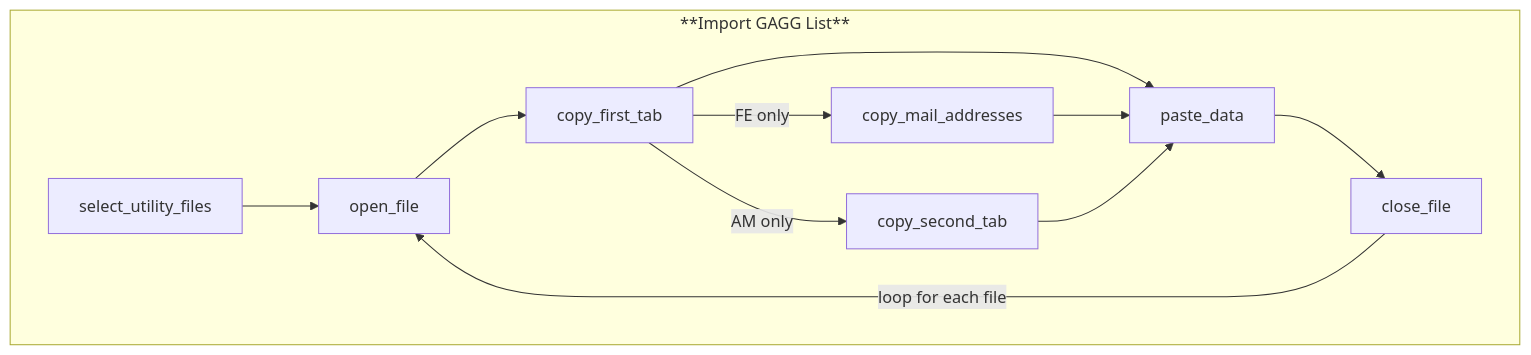
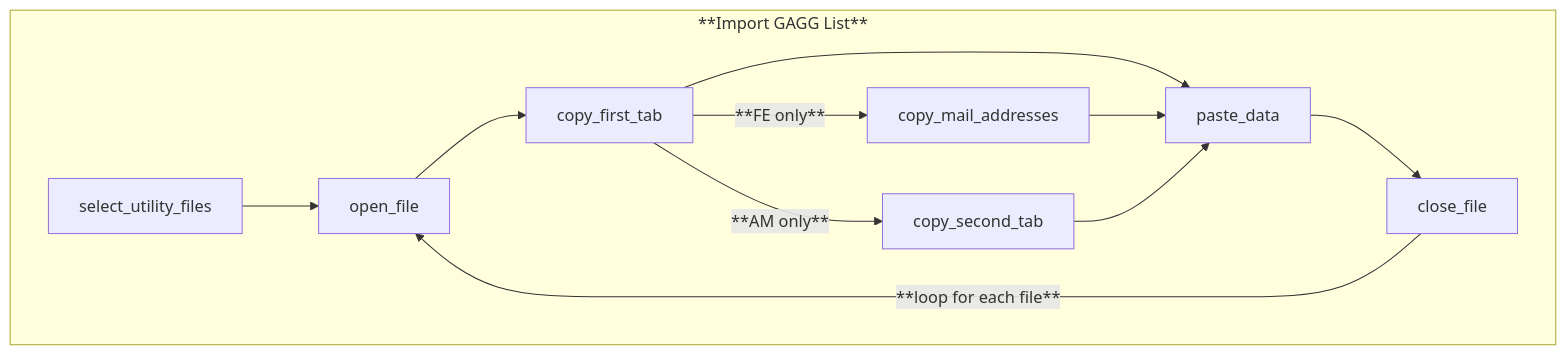
One commit to vistra-muniagg/List-Management-Tool changed the second of 3 diagrams in DIAGRAMS.md. Above: the diagram before and after it, drawn with Mermaid. The commit also changed other lines of this file, not shown here.

Commit message:
Enhance diagram formatting with bold labels

````diff
--- a/DIAGRAMS.md
+++ b/DIAGRAMS.md
@@ -65,29 +65,29 @@
 ```mermaid
 
 %%{init: {
   "theme": "base",
   "themeVariables": {
     "fontSize": "12px",
     "fontFamily": "Segoe UI",
     "primaryColor": "#eef6ff",          %% node fill
     "primaryBorderColor": "#1e40af",    %% node border
     "primaryTextColor": "#0f172a",      %% node text
     "lineColor": "#1e40af"
   }
 }}%%
 
 graph TD
 
     subgraph Import_GAGG_List["**Import GAGG List**"]
     direction LR
         select_utility_files --> open_file
         open_file --> copy_first_tab
         copy_first_tab --> paste_data
-        copy_first_tab -->|"FE only"| copy_mail_addresses
-        copy_first_tab -->|"AM only"| copy_second_tab
+        copy_first_tab -->|"**FE only**"| copy_mail_addresses
+        copy_first_tab -->|"**AM only**"| copy_second_tab
         copy_mail_addresses --> paste_data
         copy_second_tab --> paste_data
-        close_file -->|"loop for each file"| open_file
+        close_file -->|"**loop for each file**"| open_file
         paste_data --> close_file
     end
 ```
````
